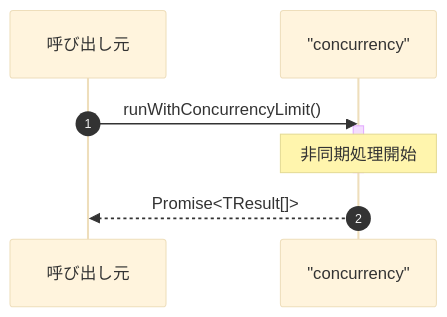
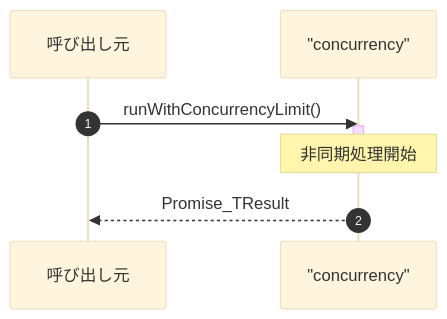
The second of 2 diagrams in ABDD/.pi/lib/concurrency.md (Mekann2904/mekann), drawn with Mermaid (base theme) before and after one commit. The commit also changed other lines of this file and 174 other files, not shown here.

First line of the commit message:
fix(docs): ABDDのMermaid図生成エラーを修正する

````diff
--- a/ABDD/.pi/lib/concurrency.md
+++ b/ABDD/.pi/lib/concurrency.md
@@ -43,12 +43,12 @@
 ```mermaid
 sequenceDiagram
   autonumber
   participant Caller as 呼び出し元
   participant concurrency as "concurrency"
 
   Caller->>concurrency: runWithConcurrencyLimit()
   activate concurrency
   Note over concurrency: 非同期処理開始
   deactivate concurrency
-  concurrency-->>Caller: Promise<TResult[]>
+  concurrency-->>Caller: Promise_TResult
 ```
````
